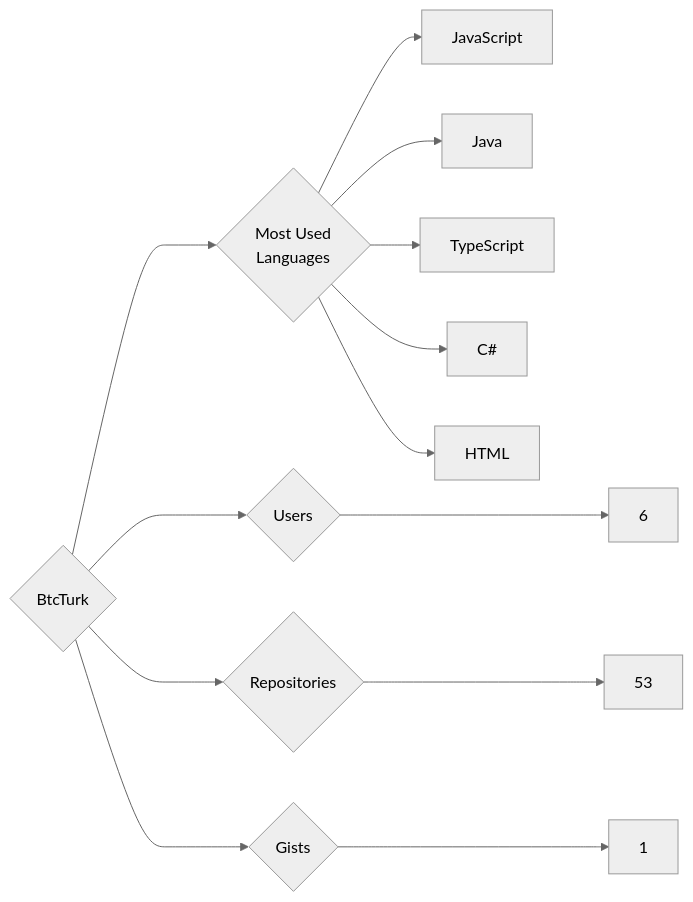
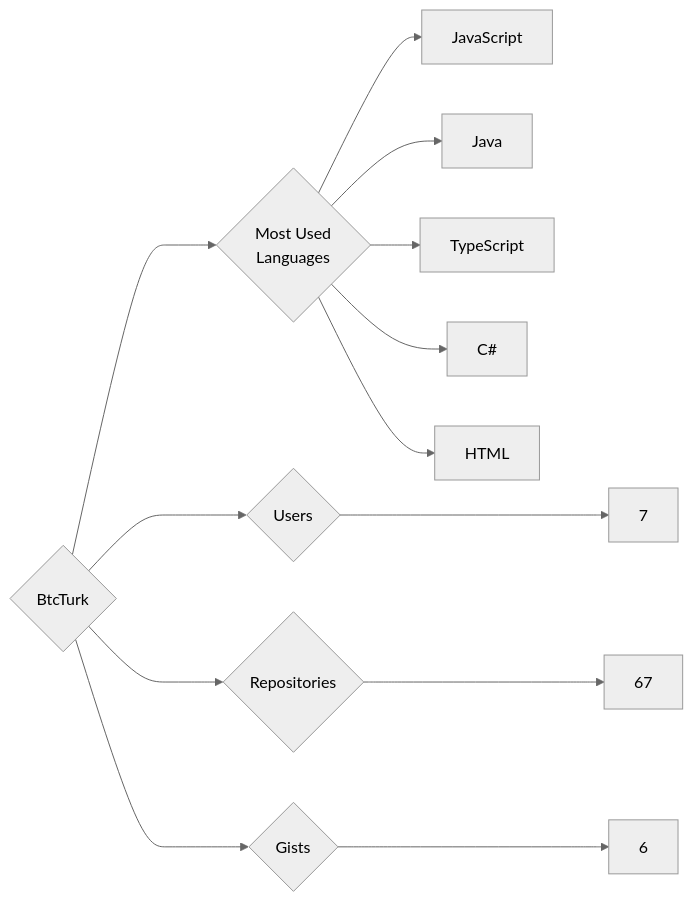
One commit to trickest/insiders changed the diagram in targets/BtcTurk/README.md. Above: the diagram before and after it, drawn with Mermaid (neutral theme). The commit also changed 1170 other files, not shown here.

````diff
--- a/targets/BtcTurk/README.md
+++ b/targets/BtcTurk/README.md
@@ -3,13 +3,13 @@
 ```mermaid
 graph LR
 COMPANY_NAME{BtcTurk}
-COMPANY_NAME ---> U{Users} ---> UN[6]
-COMPANY_NAME ---> R{Repositories} ---> RN[53]
-COMPANY_NAME ---> G{Gists} ---> GN[1]
+COMPANY_NAME ---> U{Users} ---> UN[7]
+COMPANY_NAME ---> R{Repositories} ---> RN[67]
+COMPANY_NAME ---> G{Gists} ---> GN[6]
 COMPANY_NAME ---> ML{Most Used<br>Languages}
 ML --> JavaScript[JavaScript]
 ML --> Java[Java]
 ML --> TypeScript[TypeScript]
 ML --> C#[C#]
 ML --> HTML[HTML]
 ```
````
